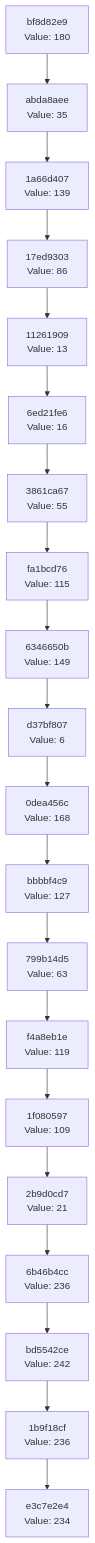
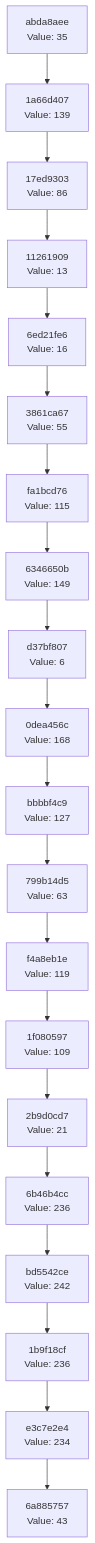
One commit to Abhisheksinha1506/hash-chain-evolver changed the diagram in docs/CHAIN_VISUALIZATION.md. Above: the diagram before and after it, drawn with Mermaid. The commit also changed 2 other files, not shown here.

Commit message:
Evolution step: hash 0x2B → action executed

````diff
--- a/docs/CHAIN_VISUALIZATION.md
+++ b/docs/CHAIN_VISUALIZATION.md
@@ -3,42 +3,42 @@
 ```mermaid
 graph TD
-    C0["e3c7e2e4<br/>Value: 234"]
-    C1["1b9f18cf<br/>Value: 236"]
+    C0["6a885757<br/>Value: 43"]
+    C1["e3c7e2e4<br/>Value: 234"]
     C1 --> C0
-    C2["bd5542ce<br/>Value: 242"]
+    C2["1b9f18cf<br/>Value: 236"]
     C2 --> C1
-    C3["6b46b4cc<br/>Value: 236"]
+    C3["bd5542ce<br/>Value: 242"]
     C3 --> C2
-    C4["2b9d0cd7<br/>Value: 21"]
+    C4["6b46b4cc<br/>Value: 236"]
     C4 --> C3
-    C5["1f080597<br/>Value: 109"]
+    C5["2b9d0cd7<br/>Value: 21"]
     C5 --> C4
-    C6["f4a8eb1e<br/>Value: 119"]
+    C6["1f080597<br/>Value: 109"]
     C6 --> C5
-    C7["799b14d5<br/>Value: 63"]
+    C7["f4a8eb1e<br/>Value: 119"]
     C7 --> C6
-    C8["bbbbf4c9<br/>Value: 127"]
+    C8["799b14d5<br/>Value: 63"]
     C8 --> C7
-    C9["0dea456c<br/>Value: 168"]
+    C9["bbbbf4c9<br/>Value: 127"]
     C9 --> C8
-    C10["d37bf807<br/>Value: 6"]
+    C10["0dea456c<br/>Value: 168"]
     C10 --> C9
-    C11["6346650b<br/>Value: 149"]
+    C11["d37bf807<br/>Value: 6"]
     C11 --> C10
-    C12["fa1bcd76<br/>Value: 115"]
+    C12["6346650b<br/>Value: 149"]
     C12 --> C11
-    C13["3861ca67<br/>Value: 55"]
+    C13["fa1bcd76<br/>Value: 115"]
     C13 --> C12
-    C14["6ed21fe6<br/>Value: 16"]
+    C14["3861ca67<br/>Value: 55"]
     C14 --> C13
-    C15["11261909<br/>Value: 13"]
+    C15["6ed21fe6<br/>Value: 16"]
     C15 --> C14
-    C16["17ed9303<br/>Value: 86"]
+    C16["11261909<br/>Value: 13"]
     C16 --> C15
-    C17["1a66d407<br/>Value: 139"]
+    C17["17ed9303<br/>Value: 86"]
     C17 --> C16
-    C18["abda8aee<br/>Value: 35"]
+    C18["1a66d407<br/>Value: 139"]
     C18 --> C17
-    C19["bf8d82e9<br/>Value: 180"]
+    C19["abda8aee<br/>Value: 35"]
     C19 --> C18
 ```
````
